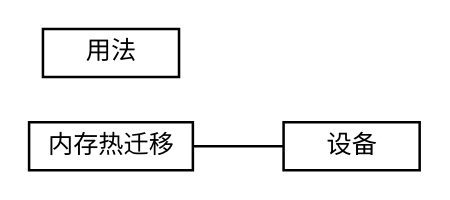
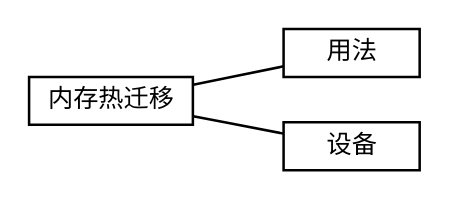
The diagram in 虚拟化/热迁移/1-内存热迁移.md (sisyphus1212/note), drawn with Graphviz before and after one commit.

Commit message:
auto_update

````diff
--- a/虚拟化/热迁移/1-内存热迁移.md
+++ b/虚拟化/热迁移/1-内存热迁移.md
@@ -11,15 +11,16 @@
 ```graphviz
 digraph 热迁移 {
 fontname="Helvetica,Arial,sans-serif"
 node [fontname="Helvetica,Arial,sans-serif"]
 edge [fontname="Helvetica,Arial,sans-serif"]
 rankdir="LR"
 node [fontsize=10, shape=box, height=0.25]
 edge [fontsize=10]
 内存热迁移 [label="内存热迁移"]
 用法 [label="用法"]
 设备 [label="设备"]
+内存热迁移 -> 用法 [arrowhead=none]
 内存热迁移 -> 设备 [arrowhead=none]
 
 }
 ```
````
